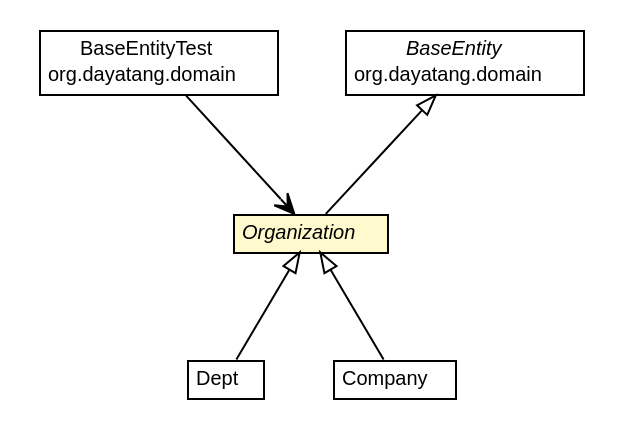
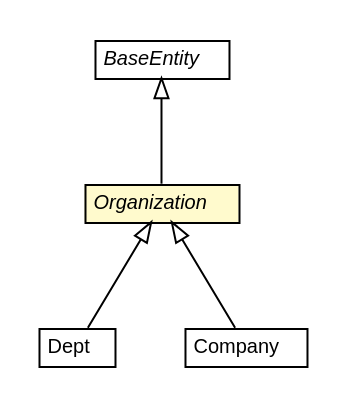
The diagram in testapidocs/org/dayatang/domain/entity/Organization.dot (dayatang/dddlib), drawn with Graphviz before and after one commit. The commit also changed 3371 other files, not shown here.

```diff
--- a/testapidocs/org/dayatang/domain/entity/Organization.dot
+++ b/testapidocs/org/dayatang/domain/entity/Organization.dot
@@ -1,52 +1,42 @@
 #!/usr/local/bin/dot
 #
 # Class diagram 
 # Generated by UMLGraph version R5_6_6-8-g8d7759 (http://www.umlgraph.org/)
 #
 
 digraph G {
 	edge [fontname="Helvetica",fontsize=10,labelfontname="Helvetica",labelfontsize=10];
 	node [fontname="Helvetica",fontsize=10,shape=plaintext];
 	nodesep=0.25;
 	ranksep=0.5;
-	// org.dayatang.domain.BaseEntityTest
-	c37478 [label=<<table title="org.dayatang.domain.BaseEntityTest" border="0" cellborder="1" cellspacing="0" cellpadding="2" port="p" href="../BaseEntityTest.html">
-		<tr><td><table border="0" cellspacing="0" cellpadding="1">
-<tr><td align="center" balign="center"> BaseEntityTest </td></tr>
-<tr><td align="center" balign="center"> org.dayatang.domain </td></tr>
-		</table></td></tr>
-		</table>>, URL="../BaseEntityTest.html", fontname="Helvetica", fontcolor="black", fontsize=10.0];
 	// org.dayatang.domain.entity.Organization
-	c37482 [label=<<table title="org.dayatang.domain.entity.Organization" border="0" cellborder="1" cellspacing="0" cellpadding="2" port="p" bgcolor="lemonChiffon" href="./Organization.html">
+	c37114 [label=<<table title="org.dayatang.domain.entity.Organization" border="0" cellborder="1" cellspacing="0" cellpadding="2" port="p" bgcolor="lemonChiffon" href="./Organization.html">
 		<tr><td><table border="0" cellspacing="0" cellpadding="1">
 <tr><td align="center" balign="center"><font face="Helvetica-Oblique"> Organization </font></td></tr>
 		</table></td></tr>
 		</table>>, URL="./Organization.html", fontname="Helvetica", fontcolor="black", fontsize=10.0];
 	// org.dayatang.domain.entity.Dept
-	c37484 [label=<<table title="org.dayatang.domain.entity.Dept" border="0" cellborder="1" cellspacing="0" cellpadding="2" port="p" href="./Dept.html">
+	c37116 [label=<<table title="org.dayatang.domain.entity.Dept" border="0" cellborder="1" cellspacing="0" cellpadding="2" port="p" href="./Dept.html">
 		<tr><td><table border="0" cellspacing="0" cellpadding="1">
 <tr><td align="center" balign="center"> Dept </td></tr>
 		</table></td></tr>
 		</table>>, URL="./Dept.html", fontname="Helvetica", fontcolor="black", fontsize=10.0];
 	// org.dayatang.domain.entity.Company
-	c37485 [label=<<table title="org.dayatang.domain.entity.Company" border="0" cellborder="1" cellspacing="0" cellpadding="2" port="p" href="./Company.html">
+	c37117 [label=<<table title="org.dayatang.domain.entity.Company" border="0" cellborder="1" cellspacing="0" cellpadding="2" port="p" href="./Company.html">
 		<tr><td><table border="0" cellspacing="0" cellpadding="1">
 <tr><td align="center" balign="center"> Company </td></tr>
 		</table></td></tr>
 		</table>>, URL="./Company.html", fontname="Helvetica", fontcolor="black", fontsize=10.0];
 	//org.dayatang.domain.entity.Organization extends org.dayatang.domain.BaseEntity
-	c37651:p -> c37482:p [dir=back,arrowtail=empty];
+	c37283:p -> c37114:p [dir=back,arrowtail=empty];
 	//org.dayatang.domain.entity.Dept extends org.dayatang.domain.entity.Organization
-	c37482:p -> c37484:p [dir=back,arrowtail=empty];
+	c37114:p -> c37116:p [dir=back,arrowtail=empty];
 	//org.dayatang.domain.entity.Company extends org.dayatang.domain.entity.Organization
-	c37482:p -> c37485:p [dir=back,arrowtail=empty];
-	// org.dayatang.domain.BaseEntityTest NAVASSOC org.dayatang.domain.entity.Organization
-	c37478:p -> c37482:p [taillabel="", label=" "headlabel="", fontname="Helvetica", fontcolor="black", fontsize=10.0, color="black", arrowhead=open];
+	c37114:p -> c37117:p [dir=back,arrowtail=empty];
 	// org.dayatang.domain.BaseEntity
-	c37651 [label=<<table title="org.dayatang.domain.BaseEntity" border="0" cellborder="1" cellspacing="0" cellpadding="2" port="p" href="http://java.sun.com/j2se/1.4.2/docs/api/org/dayatang/domain/BaseEntity.html">
+	c37283 [label=<<table title="org.dayatang.domain.BaseEntity" border="0" cellborder="1" cellspacing="0" cellpadding="2" port="p">
 		<tr><td><table border="0" cellspacing="0" cellpadding="1">
 <tr><td align="center" balign="center"><font face="Helvetica-Oblique"> BaseEntity </font></td></tr>
-<tr><td align="center" balign="center"> org.dayatang.domain </td></tr>
 		</table></td></tr>
-		</table>>, URL="http://java.sun.com/j2se/1.4.2/docs/api/org/dayatang/domain/BaseEntity.html", fontname="Helvetica", fontcolor="black", fontsize=10.0];
+		</table>>, URL="null", fontname="Helvetica", fontcolor="black", fontsize=10.0];
 }
```
